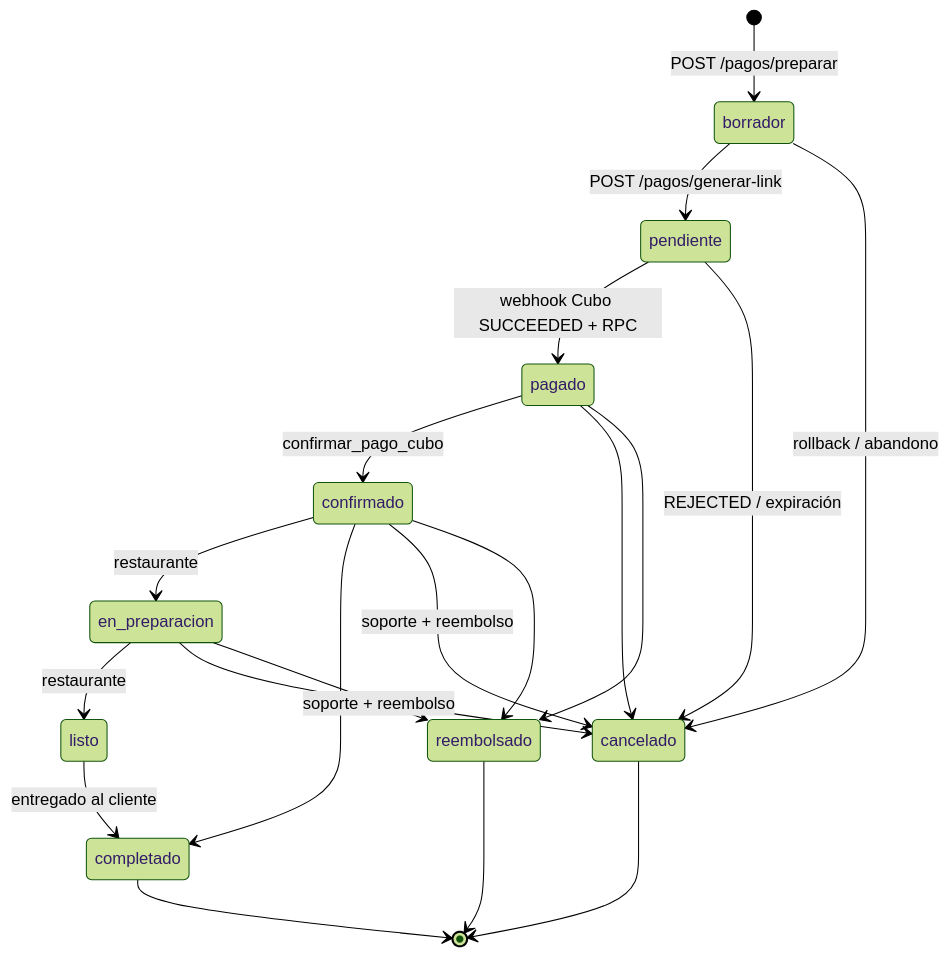
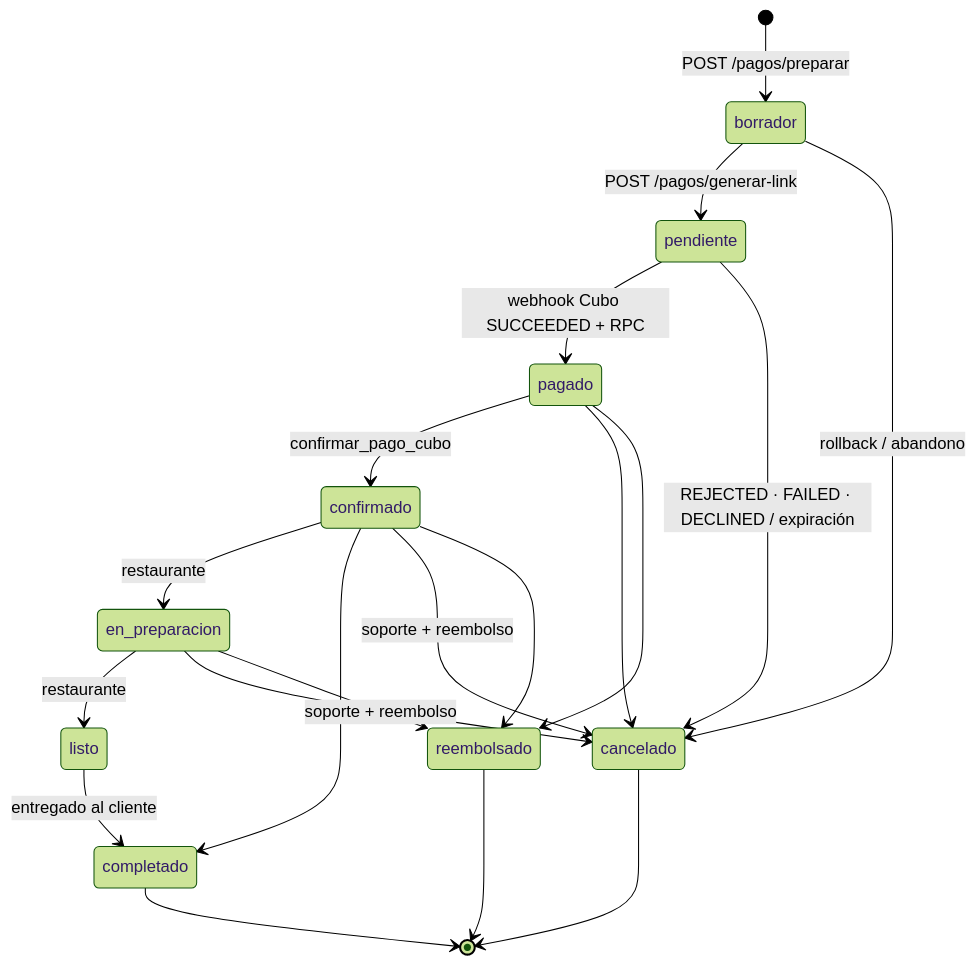
Before and after one commit to Stabilititrsut/bocara: the diagram in docs/STATE_MACHINE_Y_CONTRATOS.md, drawn with Mermaid (forest theme). The commit also changed other lines of this file and 4 other files, not shown here.

Commit message:
fix(backend): normalizacion de estados de rechazo cubo (REJECTED, FAILED, DECLINED) y actualizacion de contratos

````diff
--- a/docs/STATE_MACHINE_Y_CONTRATOS.md
+++ b/docs/STATE_MACHINE_Y_CONTRATOS.md
@@ -60,28 +60,28 @@
 ```mermaid
 stateDiagram-v2
     [*] --> borrador: POST /pagos/preparar
     borrador --> pendiente: POST /pagos/generar-link
     borrador --> cancelado: rollback / abandono
 
     pendiente --> pagado: webhook Cubo SUCCEEDED + RPC
-    pendiente --> cancelado: REJECTED / expiración
+    pendiente --> cancelado: REJECTED · FAILED · DECLINED / expiración
 
     pagado --> confirmado: confirmar_pago_cubo
     pagado --> cancelado
     pagado --> reembolsado
 
     confirmado --> en_preparacion: restaurante
     confirmado --> completado
     confirmado --> cancelado: soporte + reembolso
     confirmado --> reembolsado
 
     en_preparacion --> listo: restaurante
     en_preparacion --> cancelado: soporte + reembolso
     en_preparacion --> reembolsado
 
     listo --> completado: entregado al cliente
 
     completado --> [*]
     cancelado --> [*]
     reembolsado --> [*]
 ```
````
